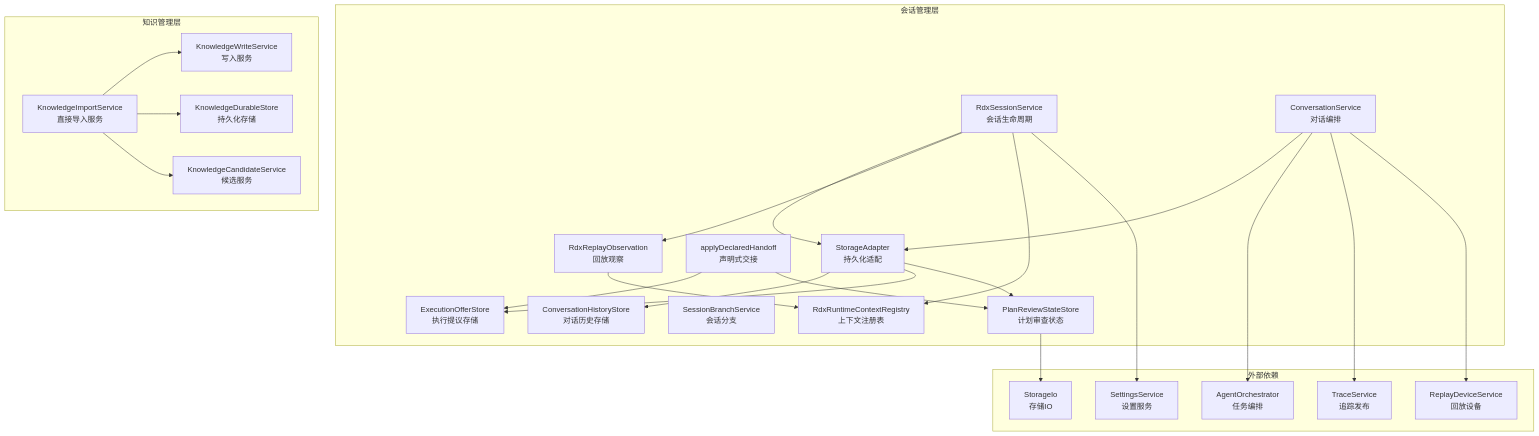
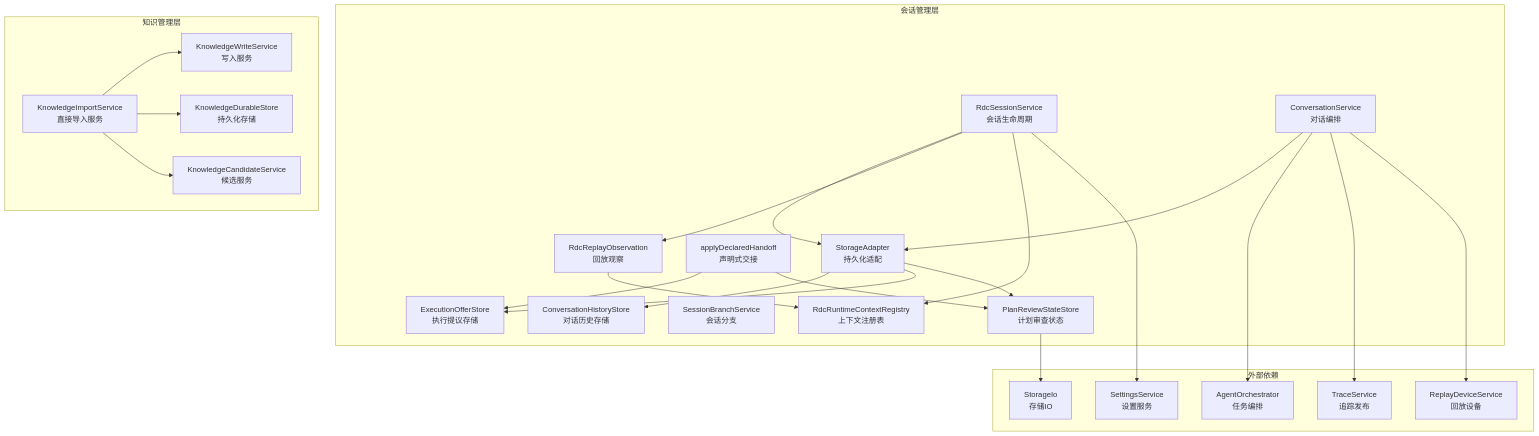
One commit to haolange/RDC-Agent changed the first of 9 diagrams in .qoder/repowiki/zh/content/核心模块/会话管理系统/会话管理系统.md. Above: the diagram before and after it, drawn with Mermaid. The commit also changed other lines of this file and 557 other files, not shown here.

````diff
--- a/.qoder/repowiki/zh/content/核心模块/会话管理系统/会话管理系统.md
+++ b/.qoder/repowiki/zh/content/核心模块/会话管理系统/会话管理系统.md
@@ -67,46 +67,46 @@
 ```mermaid
 graph TB
 subgraph "会话管理层"
-A["RdxSessionService<br/>会话生命周期"]
+A["RdcSessionService<br/>会话生命周期"]
 B["ConversationService<br/>对话编排"]
 C["StorageAdapter<br/>持久化适配"]
 D["applyDeclaredHandoff<br/>声明式交接"]
 E["ExecutionOfferStore<br/>执行提议存储"]
 F["ConversationHistoryStore<br/>对话历史存储"]
 G["SessionBranchService<br/>会话分支"]
 H["PlanReviewStateStore<br/>计划审查状态"]
-I["RdxReplayObservation<br/>回放观察"]
-J["RdxRuntimeContextRegistry<br/>上下文注册表"]
+I["RdcReplayObservation<br/>回放观察"]
+J["RdcRuntimeContextRegistry<br/>上下文注册表"]
 end
 subgraph "知识管理层"
 K["KnowledgeImportService<br/>直接导入服务"]
 L["KnowledgeWriteService<br/>写入服务"]
 M["KnowledgeCandidateService<br/>候选服务"]
 N["KnowledgeDurableStore<br/>持久化存储"]
 end
 subgraph "外部依赖"
 O["AgentOrchestrator<br/>任务编排"]
 P["TraceService<br/>追踪发布"]
 Q["ReplayDeviceService<br/>回放设备"]
 R["SettingsService<br/>设置服务"]
 S["StorageIo<br/>存储IO"]
 end
 A --> C
 A --> I
 A --> J
 B --> C
 B --> O
 B --> P
 C --> F
 C --> E
 C --> H
 B --> Q
 A --> R
 H --> S
 D --> E
 D --> H
 K --> L
 K --> N
 K --> M
 I --> J
 ```
````
